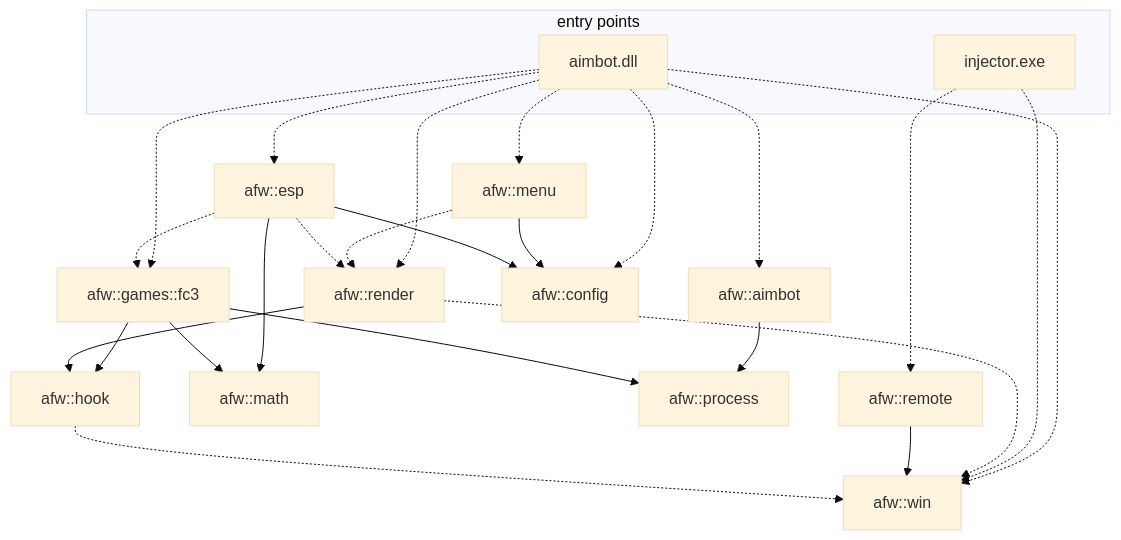
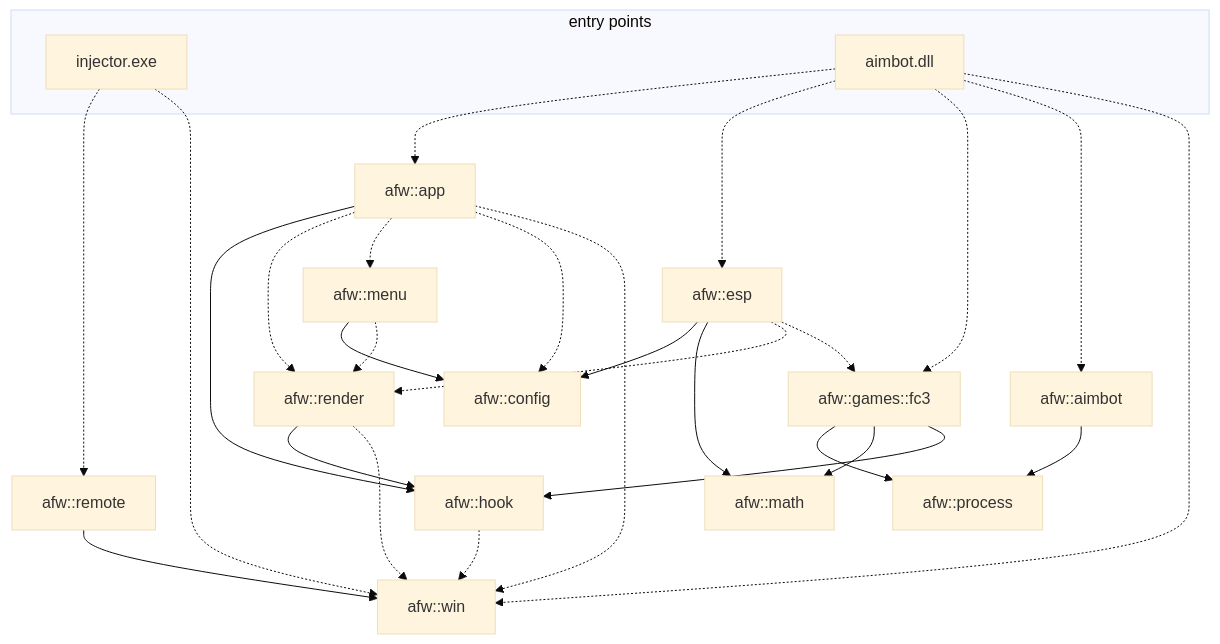
Before and after one commit to kxigor/AimbotFramework: the first of 2 diagrams in README.md, drawn with Mermaid (base theme). The commit also changed other lines of this file and 37 other files, not shown here.

````diff
--- a/README.md
+++ b/README.md
@@ -116,32 +150,35 @@
 ```mermaid
 graph TD
   subgraph entry [entry points]
     INJ[injector.exe]
     DLL[aimbot.dll]
   end
 
-  DLL -.-> MENU[afw::menu]
+  DLL -.-> APP[afw::app]
   DLL -.-> ESP[afw::esp]
   DLL -.-> FC3[afw::games::fc3]
-  DLL -.-> RENDER[afw::render]
   DLL -.-> AIMBOT[afw::aimbot]
-  DLL -.-> CONFIG[afw::config]
   DLL -.-> WIN[afw::win]
   INJ -.-> REMOTE[afw::remote]
   INJ -.-> WIN
 
+  APP --> HOOK[afw::hook]
+  APP -.-> RENDER[afw::render]
+  APP -.-> MENU[afw::menu]
+  APP -.-> CONFIG[afw::config]
+  APP -.-> WIN
   MENU --> CONFIG
   MENU -.-> RENDER
   ESP --> CONFIG
   ESP --> MATH[afw::math]
   ESP -.-> RENDER
   ESP -.-> FC3
   AIMBOT --> PROCESS[afw::process]
   FC3 --> PROCESS
   FC3 --> MATH
-  FC3 --> HOOK[afw::hook]
+  FC3 --> HOOK
   RENDER --> HOOK
   RENDER -.-> WIN
   REMOTE --> WIN
   HOOK -.-> WIN
 ```
````
